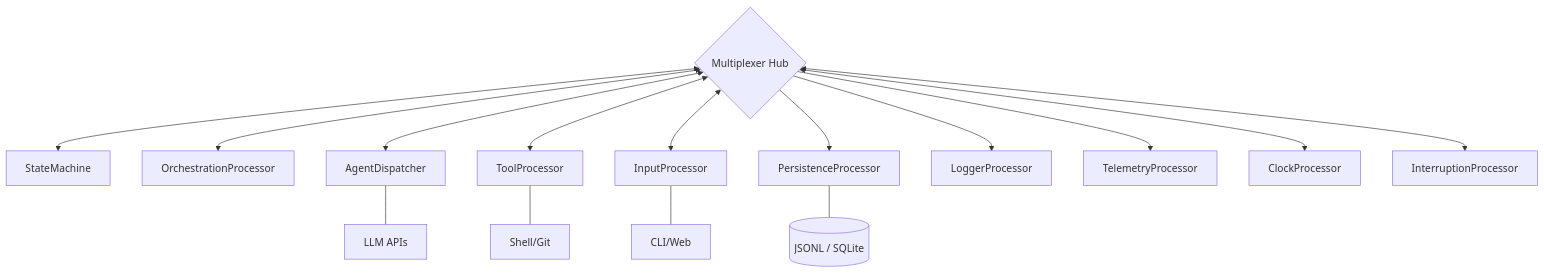
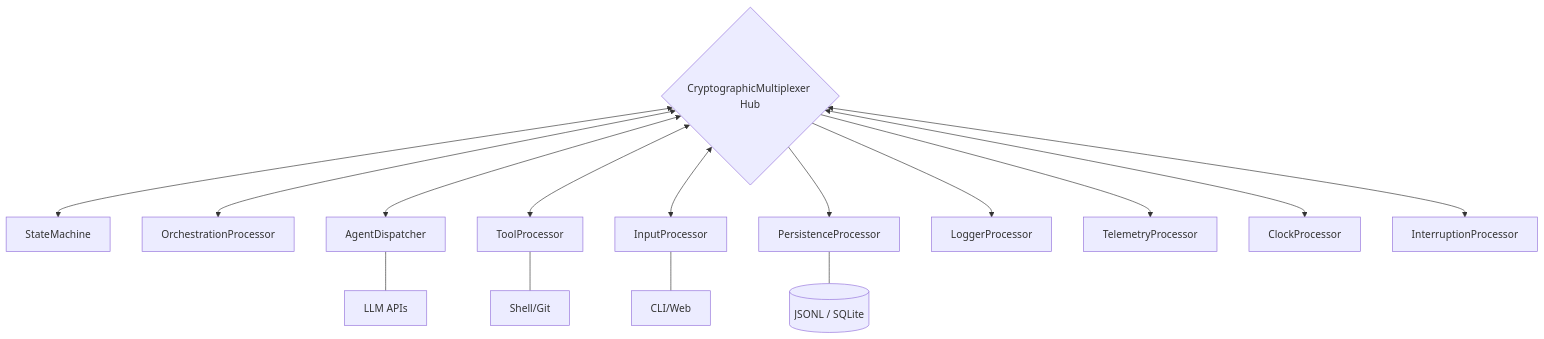
Before and after one commit to Tsomaia-Technologies/ductus: the diagram in rfcs/rfc-001-blueprint.md, drawn with Mermaid. The commit also changed other lines of this file and 17 other files, not shown here.

````diff
--- a/rfcs/rfc-001-blueprint.md
+++ b/rfcs/rfc-001-blueprint.md
@@ -37,19 +37,19 @@
 ```mermaid
 graph TD
-    Hub{Multiplexer Hub}
+    Hub{CryptographicMultiplexer Hub}
     Hub <--> SM[StateMachine]
     Hub <--> OP[OrchestrationProcessor]
     Hub <--> AD[AgentDispatcher]
     Hub <--> TP[ToolProcessor]
     Hub <--> IP[InputProcessor]
     Hub --> PP[PersistenceProcessor]
     Hub --> LP[LoggerProcessor]
     Hub --> TEL[TelemetryProcessor]
     Hub <--> CLK[ClockProcessor]
     Hub <--> INT[InterruptionProcessor]
     
     AD --- LLM[LLM APIs]
     TP --- Shell[Shell/Git]
     IP --- UI[CLI/Web]
     PP --- Disk[(JSONL / SQLite)]
 ```
````
